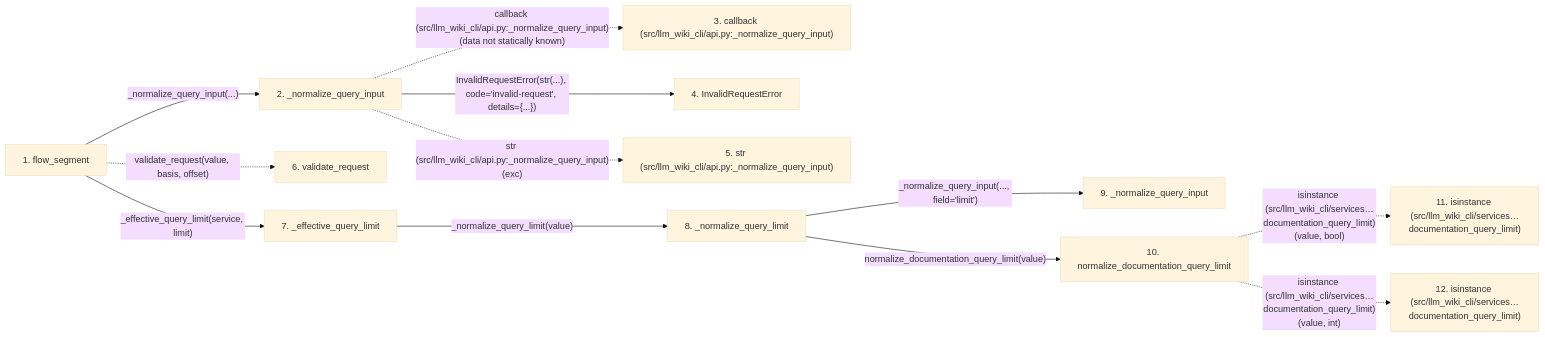
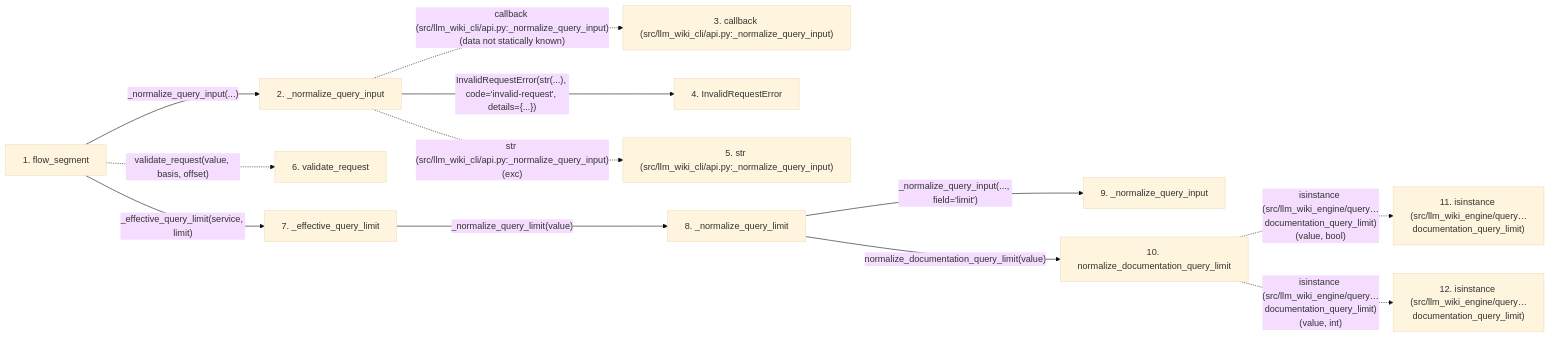
One commit to Denissvgn/python-wiki-llm changed the second of 2 diagrams in docs/llm_wiki/flows/api-flow_segment.md. Above: the diagram before and after it, drawn with Mermaid (base theme). The commit also changed other lines of this file and 648 other files, not shown here.

Commit message:
docs: refresh the wiki for the engine task contract and search

````diff
--- a/docs/llm_wiki/flows/api-flow_segment.md
+++ b/docs/llm_wiki/flows/api-flow_segment.md
@@ -160,33 +160,33 @@
 ```mermaid
 flowchart LR
     s1["1. flow_segment"]
     s2["2. _normalize_query_input"]
     s3["3. callback (src/llm_wiki_cli/api.py:_normalize_query_input)"]
     s4["4. InvalidRequestError"]
     s5["5. str (src/llm_wiki_cli/api.py:_normalize_query_input)"]
     s6["6. validate_request"]
     s7["7. _effective_query_limit"]
     s8["8. _normalize_query_limit"]
     s9["9. _normalize_query_input"]
     s10["10. normalize_documentation_query_limit"]
-    s11["11. isinstance (src/llm_wiki_cli/services…documentation_query_limit)"]
-    s12["12. isinstance (src/llm_wiki_cli/services…documentation_query_limit)"]
+    s11["11. isinstance (src/llm_wiki_engine/query…documentation_query_limit)"]
+    s12["12. isinstance (src/llm_wiki_engine/query…documentation_query_limit)"]
     s1 -->|"_normalize_query_input(...)"| s2
     s2 -. "callback (src/llm_wiki_cli/api.py:_normalize_query_input)(data not statically known)" .-> s3
     s2 -->|"InvalidRequestError(str(...), code='invalid-request', details={...})"| s4
     s2 -. "str (src/llm_wiki_cli/api.py:_normalize_query_input)(exc)" .-> s5
     s1 -. "validate_request(value, basis, offset)" .-> s6
     s1 -->|"_effective_query_limit(service, limit)"| s7
     s7 -->|"_normalize_query_limit(value)"| s8
     s8 -->|"_normalize_query_input(..., field='limit')"| s9
     s8 -->|"normalize_documentation_query_limit(value)"| s10
-    s10 -. "isinstance (src/llm_wiki_cli/services…documentation_query_limit)(value, bool)" .-> s11
-    s10 -. "isinstance (src/llm_wiki_cli/services…documentation_query_limit)(value, int)" .-> s12
+    s10 -. "isinstance (src/llm_wiki_engine/query…documentation_query_limit)(value, bool)" .-> s11
+    s10 -. "isinstance (src/llm_wiki_engine/query…documentation_query_limit)(value, int)" .-> s12
     click s1 "../modules/api.md"
     click s2 "../modules/api.md"
     click s4 "../modules/api.md"
     click s7 "../modules/api.md"
     click s8 "../modules/api.md"
     click s9 "../modules/api.md"
-    click s10 "../modules/documentation_query_builder.md"
+    click s10 "../modules/query_request_format.md"
 ```
````
